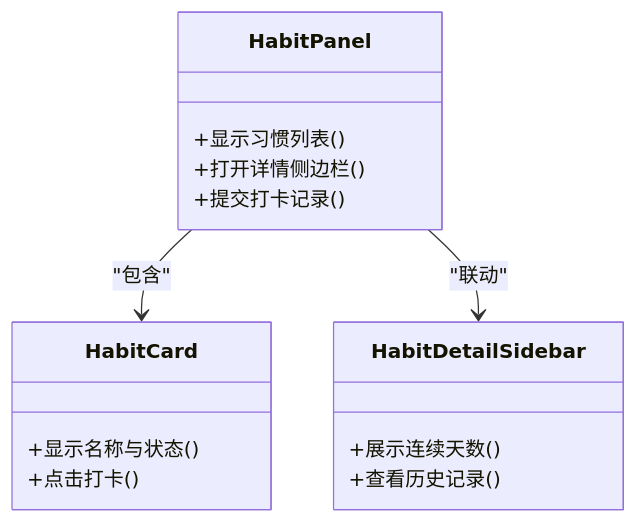
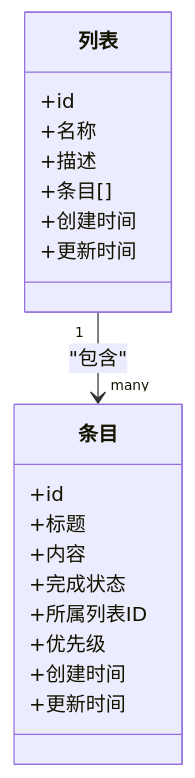
Before and after one commit to gzdxhujiale/FishWorker: the fifth of 8 diagrams in .qoder/repowiki/zh/content/项目概述/项目介绍.md, drawn with Mermaid. The commit also changed other lines of this file and 238 other files, not shown here.

````diff
--- a/.qoder/repowiki/zh/content/项目概述/项目介绍.md
+++ b/.qoder/repowiki/zh/content/项目概述/项目介绍.md
@@ -213,18 +245,22 @@
 ```mermaid
 classDiagram
-class HabitPanel {
-+显示习惯列表()
-+打开详情侧边栏()
-+提交打卡记录()
+class 列表 {
++id
++名称
++描述
++条目[]
++创建时间
++更新时间
 }
-class HabitCard {
-+显示名称与状态()
-+点击打卡()
+class 条目 {
++id
++标题
++内容
++完成状态
++所属列表ID
++优先级
++创建时间
++更新时间
 }
-class HabitDetailSidebar {
-+展示连续天数()
-+查看历史记录()
-}
-HabitPanel --> HabitCard : "包含"
-HabitPanel --> HabitDetailSidebar : "联动"
+列表 "1" --> "many" 条目 : "包含"
 ```
````
